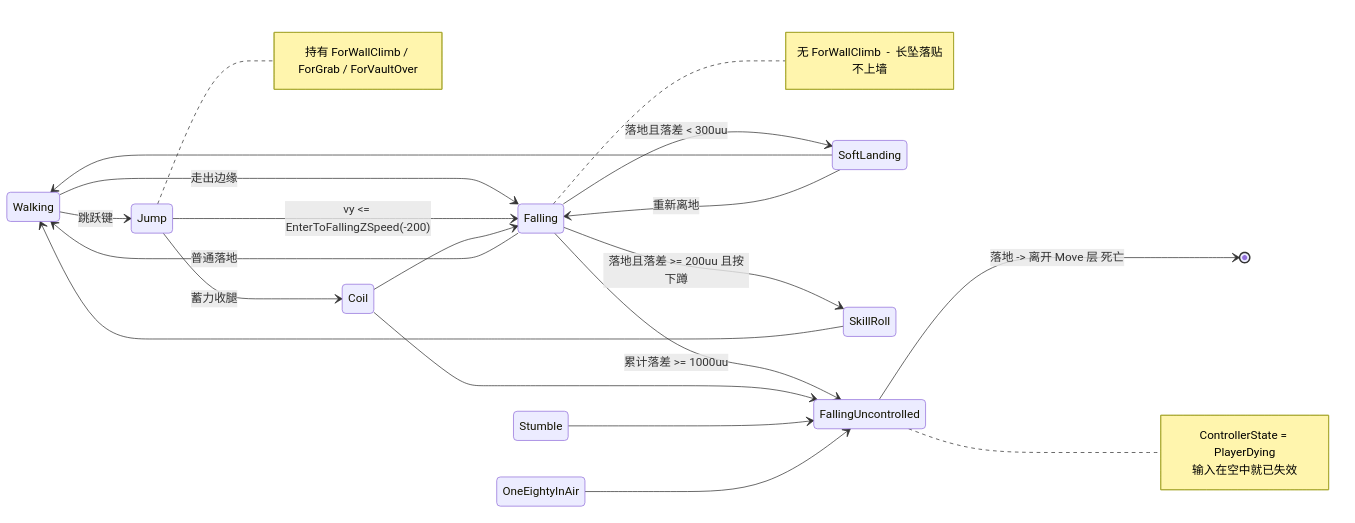
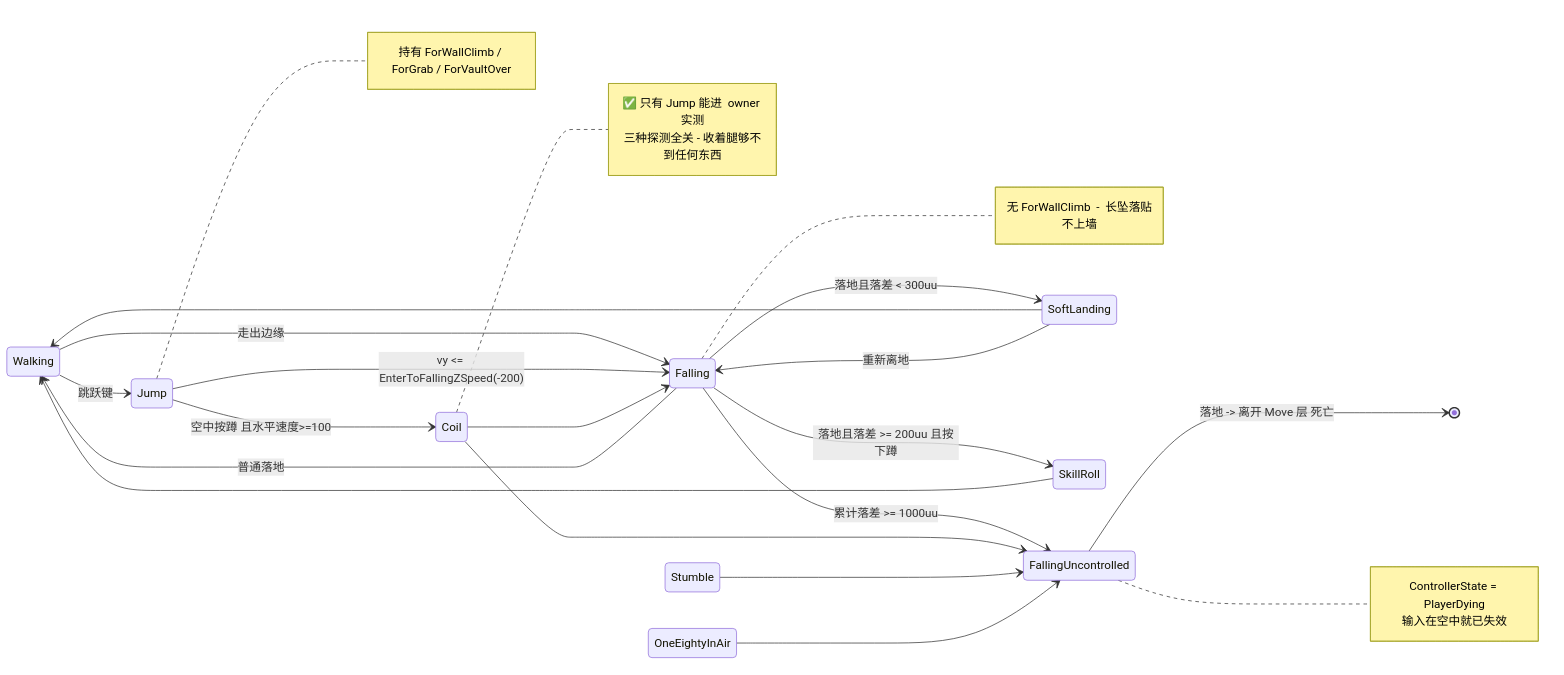
The first of 3 diagrams in docs/mirrors-edge-deep-research/11-状态机全图.md (dragon-fish/parkour-game), drawn with Mermaid before and after one commit. The commit also changed other lines of this file and 2 other files, not shown here.

````diff
--- a/docs/mirrors-edge-deep-research/11-状态机全图.md
+++ b/docs/mirrors-edge-deep-research/11-状态机全图.md
@@ -67,35 +67,39 @@
 ```mermaid
 stateDiagram-v2
     direction LR
     Walking --> Jump: 跳跃键
     Walking --> Falling: 走出边缘
 
     Jump --> Falling: vy <= EnterToFallingZSpeed(-200)
-    Jump --> Coil: 蓄力收腿
+    Jump --> Coil: 空中按蹲 且水平速度>=100
 
     Coil --> Falling
     Falling --> FallingUncontrolled: 累计落差 >= 1000uu
     Coil --> FallingUncontrolled
     Stumble --> FallingUncontrolled
     OneEightyInAir --> FallingUncontrolled
 
     Falling --> SoftLanding: 落地且落差 < 300uu
     Falling --> SkillRoll: 落地且落差 >= 200uu 且按下蹲
     Falling --> Walking: 普通落地
     SoftLanding --> Walking
     SoftLanding --> Falling: 重新离地
     SkillRoll --> Walking
 
     FallingUncontrolled --> [*]: 落地 -> 离开 Move 层 死亡
 
     note right of FallingUncontrolled
         ControllerState = PlayerDying
         输入在空中就已失效
     end note
     note right of Jump
         持有 ForWallClimb / ForGrab / ForVaultOver
     end note
     note right of Falling
         无 ForWallClimb  -  长坠落贴不上墙
     end note
+    note right of Coil
+        ✅ 只有 Jump 能进  owner 实测
+        三种探测全关 - 收着腿够不到任何东西
+    end note
 ```
````
